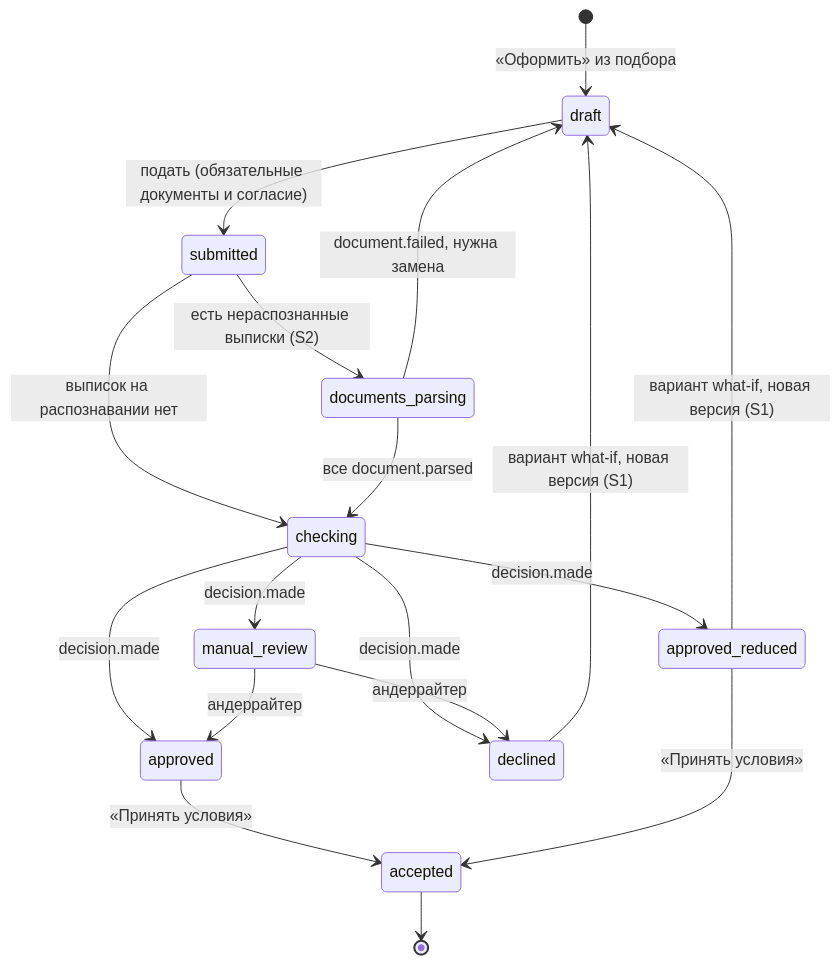
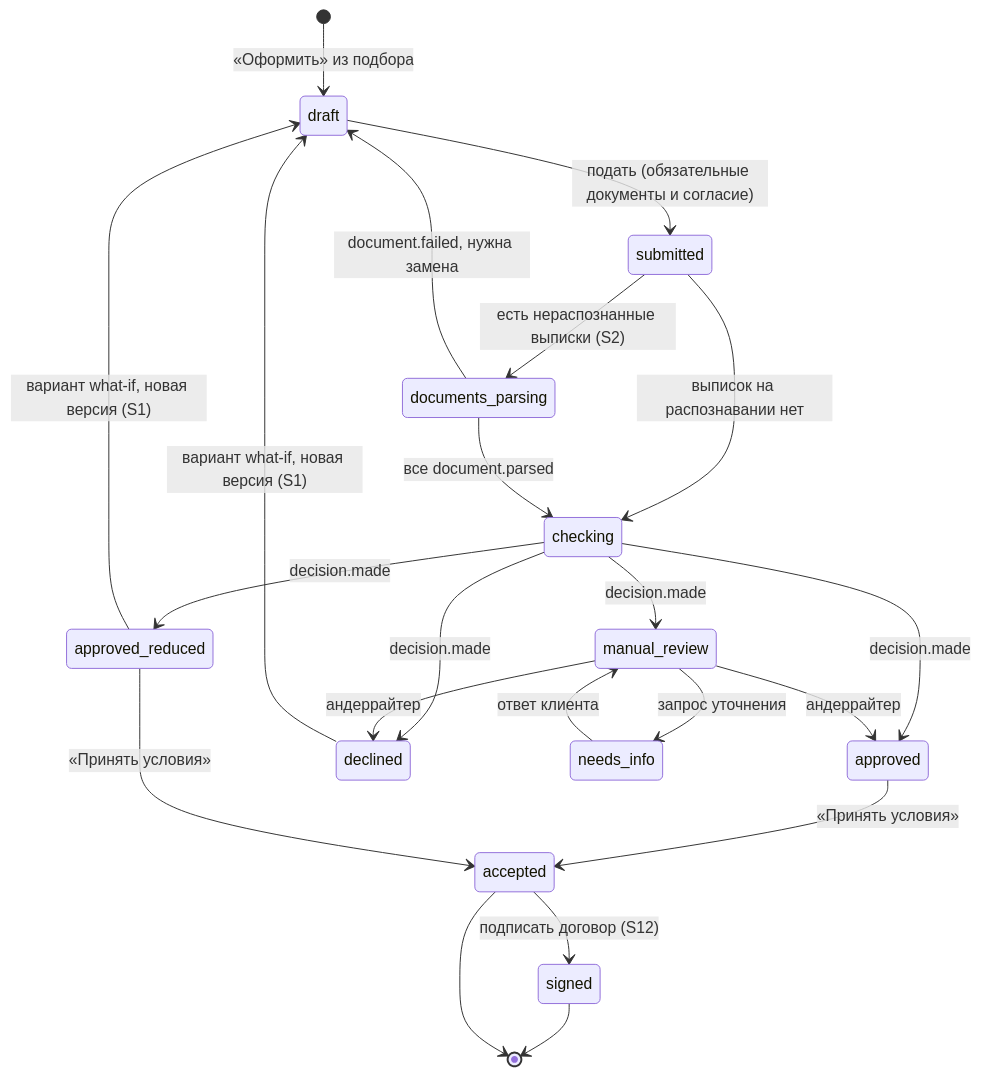
Diagram 15 of 18 in docs/Архитектура прототипа — Умный кредитный кабинет (хакатон).md (HRV220/AlfaHack2026), drawn with Mermaid before and after one commit. The commit also changed other lines of this file and 4 other files, not shown here.

````diff
--- a/docs/Архитектура прототипа — Умный кредитный кабинет (хакатон).md
+++ b/docs/Архитектура прототипа — Умный кредитный кабинет (хакатон).md
@@ -815,20 +844,24 @@
 ```mermaid
 stateDiagram-v2
   [*] --> draft: «Оформить» из подбора
   draft --> submitted: подать (обязательные документы и согласие)
   submitted --> documents_parsing: есть нераспознанные выписки (S2)
   submitted --> checking: выписок на распознавании нет
   documents_parsing --> checking: все document.parsed
   documents_parsing --> draft: document.failed, нужна замена
   checking --> approved: decision.made
   checking --> approved_reduced: decision.made
   checking --> manual_review: decision.made
   checking --> declined: decision.made
   manual_review --> approved: андеррайтер
   manual_review --> declined: андеррайтер
+  manual_review --> needs_info: запрос уточнения
+  needs_info --> manual_review: ответ клиента
   approved --> accepted: «Принять условия»
   approved_reduced --> accepted: «Принять условия»
   approved_reduced --> draft: вариант what-if, новая версия (S1)
   declined --> draft: вариант what-if, новая версия (S1)
+  accepted --> signed: подписать договор (S12)
+  signed --> [*]
   accepted --> [*]
 ```
````
